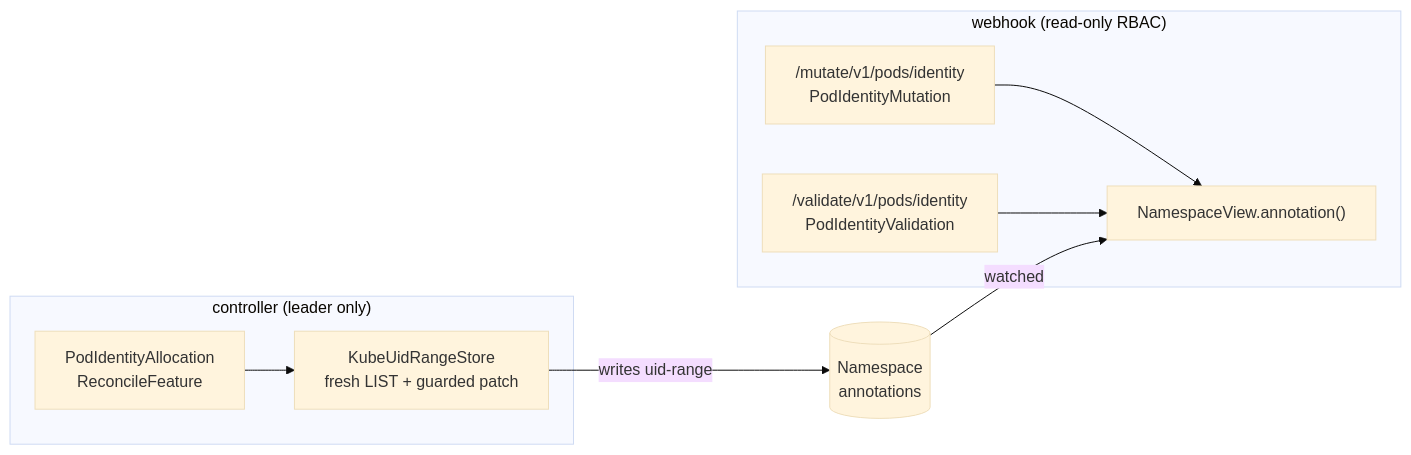
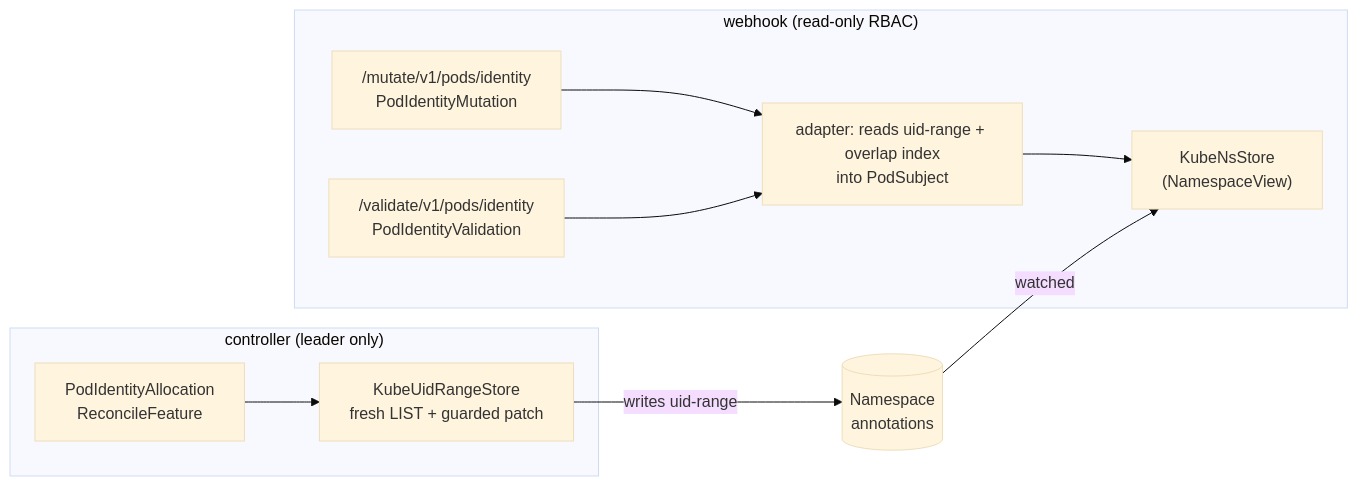
The second of 5 diagrams in docs/rfc/0018-namespace-uid-range.md (batleforc/weebo-si-hardening), drawn with Mermaid (base theme) before and after one commit. The commit also changed other lines of this file and 3 other files, not shown here.

````diff
--- a/docs/rfc/0018-namespace-uid-range.md
+++ b/docs/rfc/0018-namespace-uid-range.md
@@ -344,15 +407,17 @@
 ```mermaid
 graph LR
   subgraph ctrl["controller (leader only)"]
     RF["PodIdentityAllocation<br/>ReconcileFeature"] --> ST["KubeUidRangeStore<br/>fresh LIST + guarded patch"]
   end
   subgraph wh["webhook (read-only RBAC)"]
     MU["/mutate/v1/pods/identity<br/>PodIdentityMutation"]
     VA["/validate/v1/pods/identity<br/>PodIdentityValidation"]
-    NV["NamespaceView.annotation()"]
-    MU --> NV
-    VA --> NV
+    AD["adapter: reads uid-range + overlap index<br/>into PodSubject"]
+    NV["KubeNsStore<br/>(NamespaceView)"]
+    AD --> NV
+    MU --> AD
+    VA --> AD
   end
   ST -- "writes uid-range" --> NS[("Namespace<br/>annotations")]
   NS -- "watched" --> NV
 ```
````
